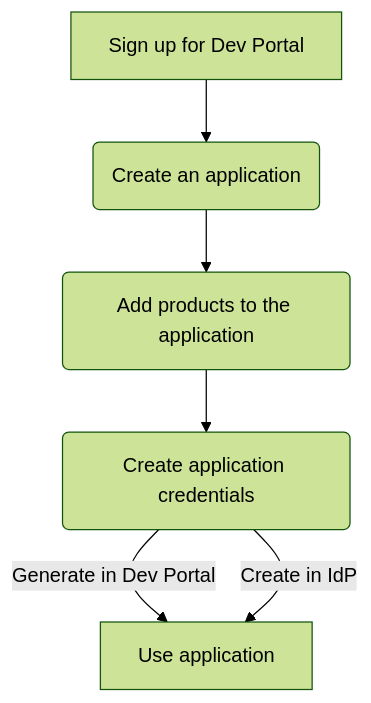
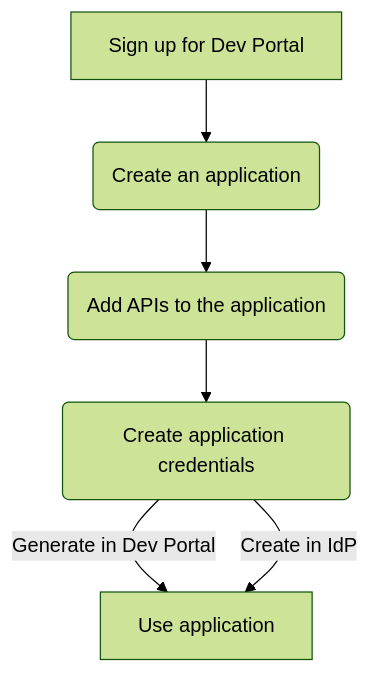
Before and after one commit to Kong/docs.konghq.com: the diagram in app/konnect/dev-portal/register-and-create-app.md, drawn with Mermaid (forest theme). The commit also changed other lines of this file, not shown here.

```diff
--- a/app/konnect/dev-portal/register-and-create-app.md
+++ b/app/konnect/dev-portal/register-and-create-app.md
@@ -11,8 +13,8 @@
 {% mermaid %}
 flowchart TD
     A[Sign up for Dev Portal] --> B(Create an application)
-    B --> C(Add products to the application)
+    B --> C(Add APIs to the application)
     C --> D(Create application credentials)
     D --> |Generate in Dev Portal| E[Use application] 
     D --> |Create in IdP| E
 {% endmermaid %}
```
